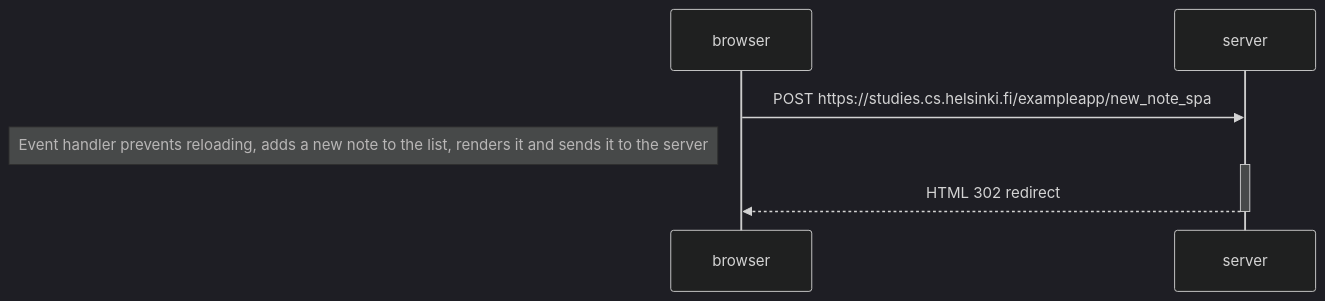
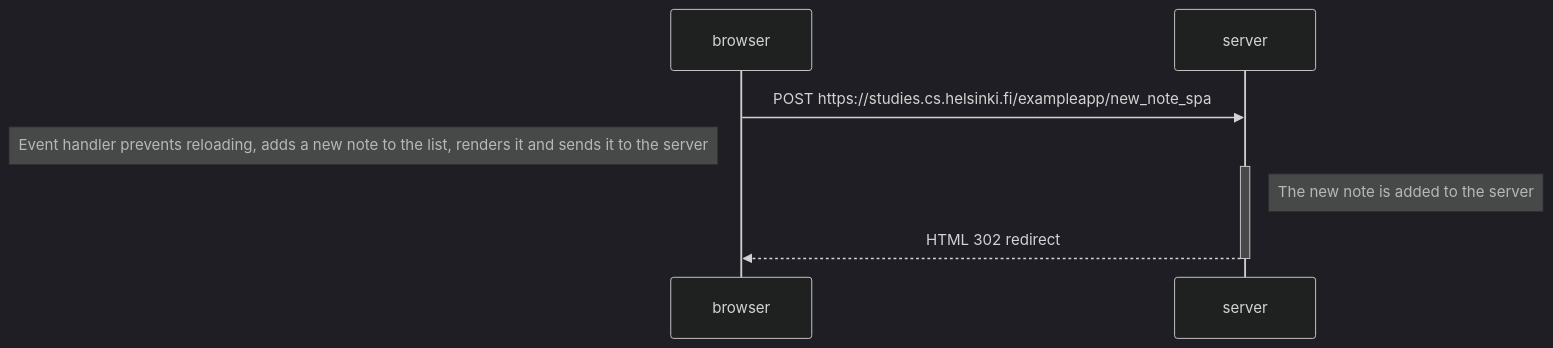
The diagram in osa0/SPA new note sequence diagram.md (pklemettila/Fullstack-palautus-2023), drawn with Mermaid (dark theme) before and after one commit.

Commit message:
Update SPA new note sequence diagram.md

````diff
--- a/osa0/SPA new note sequence diagram.md
+++ b/osa0/SPA new note sequence diagram.md
@@ -1,11 +1,12 @@
 ```mermaid
 sequenceDiagram
     participant browser
     participant server
 
     browser->>server: POST https://studies.cs.helsinki.fi/exampleapp/new_note_spa
     note left of browser: Event handler prevents reloading, adds a new note to the list, renders it and sends it to the server
     activate server
+    note right of server: The new note is added to the server
     server-->>browser: HTML 302 redirect
     deactivate server
 ```
````
